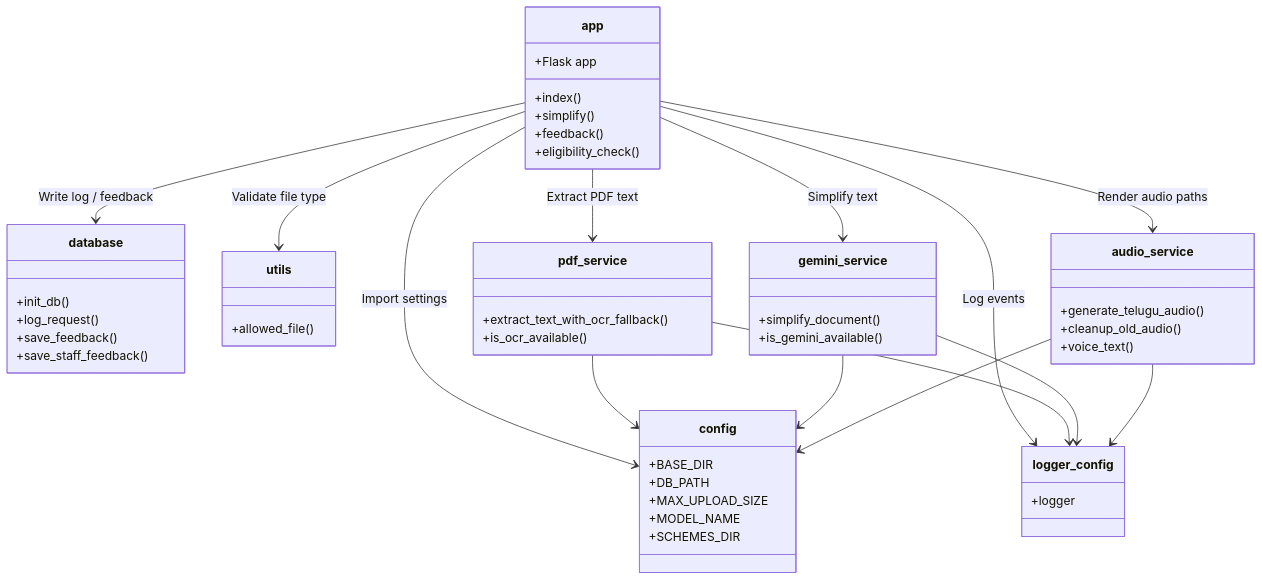
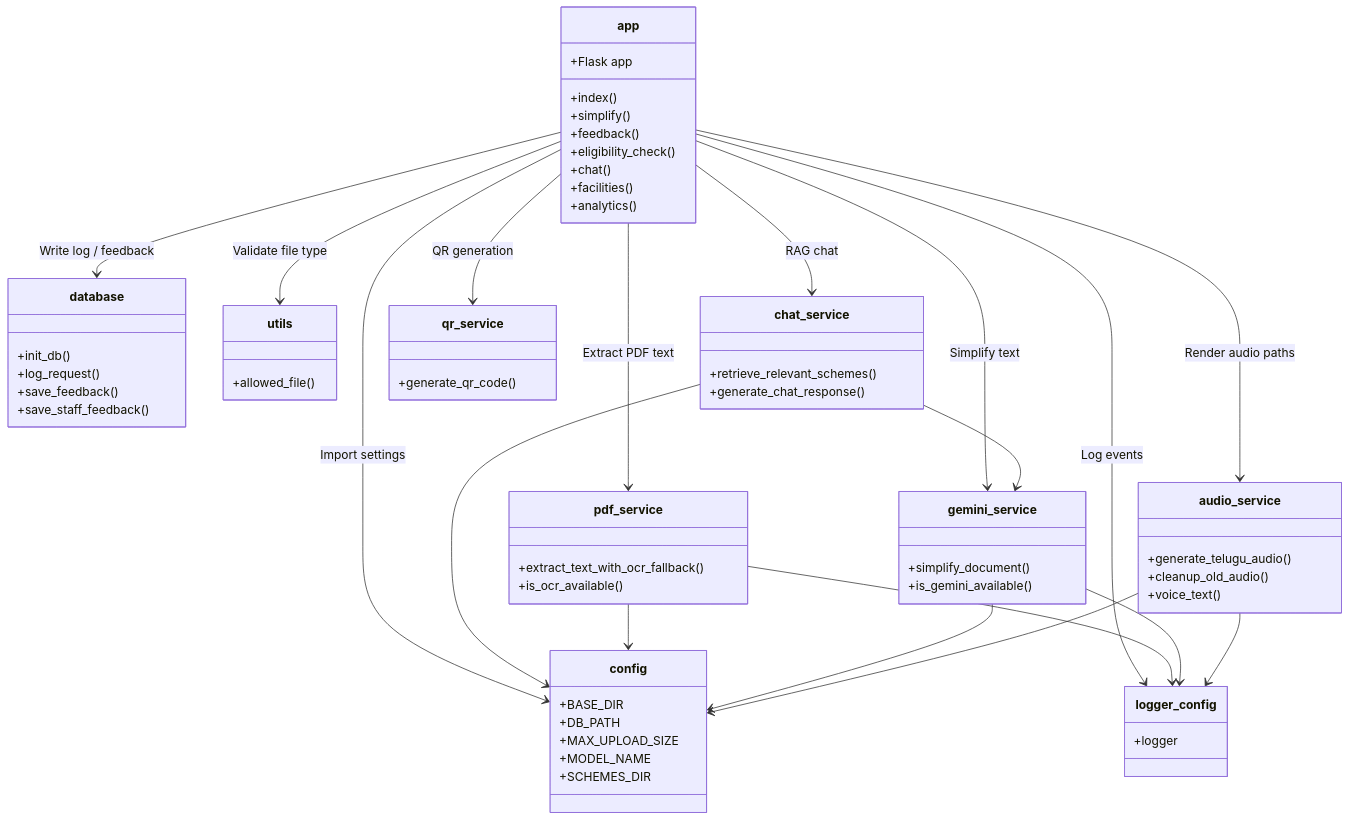
The second of 5 diagrams in CODEBASE_REVIEW.md (giridharreddy-dev/SmartGovAI-2026), drawn with Mermaid before and after one commit. The commit also changed other lines of this file and 23 other files, not shown here.

````diff
--- a/CODEBASE_REVIEW.md
+++ b/CODEBASE_REVIEW.md
@@ -162,66 +172,82 @@
 ```mermaid
 classDiagram
     class config {
         +BASE_DIR
         +DB_PATH
         +MAX_UPLOAD_SIZE
         +MODEL_NAME
         +SCHEMES_DIR
     }
 
     class logger_config {
         +logger
     }
 
     class database {
         +init_db()
         +log_request()
         +save_feedback()
         +save_staff_feedback()
     }
 
     class utils {
         +allowed_file()
     }
 
     class pdf_service {
         +extract_text_with_ocr_fallback()
         +is_ocr_available()
     }
 
     class gemini_service {
         +simplify_document()
         +is_gemini_available()
     }
 
     class audio_service {
         +generate_telugu_audio()
         +cleanup_old_audio()
         +voice_text()
     }
 
+    class chat_service {
+        +retrieve_relevant_schemes()
+        +generate_chat_response()
+    }
+
+    class qr_service {
+        +generate_qr_code()
+    }
+
     class app {
         +Flask app
         +index()
         +simplify()
         +feedback()
         +eligibility_check()
+        +chat()
+        +facilities()
+        +analytics()
     }
 
     app --> config : Import settings
     app --> logger_config : Log events
     app --> database : Write log / feedback
     app --> utils : Validate file type
     app --> pdf_service : Extract PDF text
     app --> gemini_service : Simplify text
     app --> audio_service : Render audio paths
+    app --> chat_service : RAG chat
+    app --> qr_service : QR generation
+    chat_service --> config
+    chat_service --> gemini_service
     
     pdf_service --> config
     pdf_service --> logger_config
     
     gemini_service --> config
     gemini_service --> logger_config
 
     audio_service --> config
     audio_service --> logger_config
 ```
````
